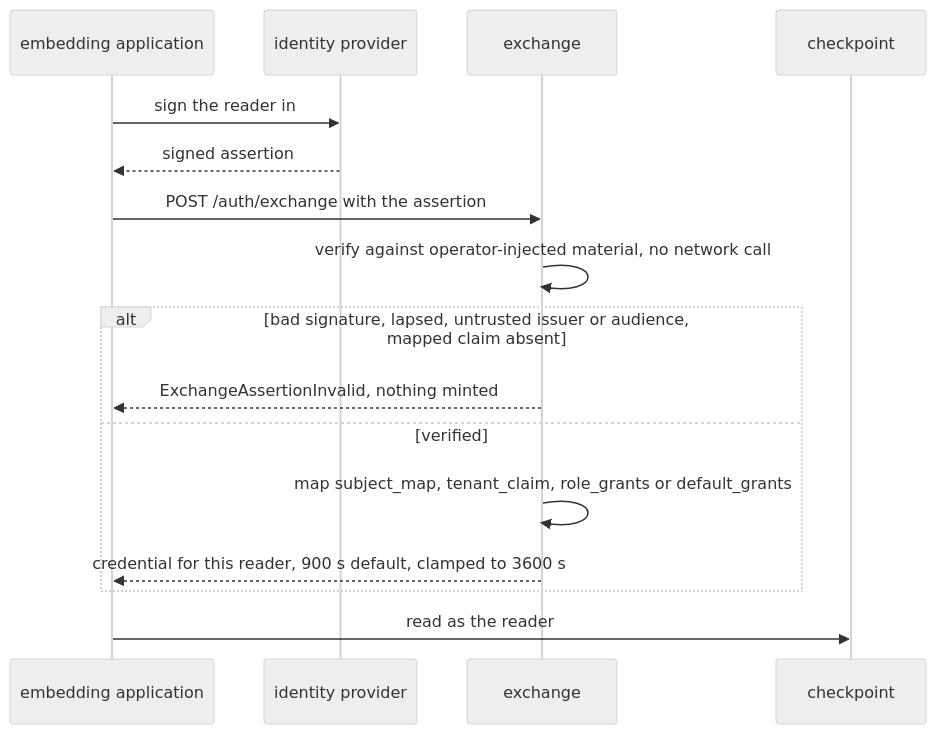
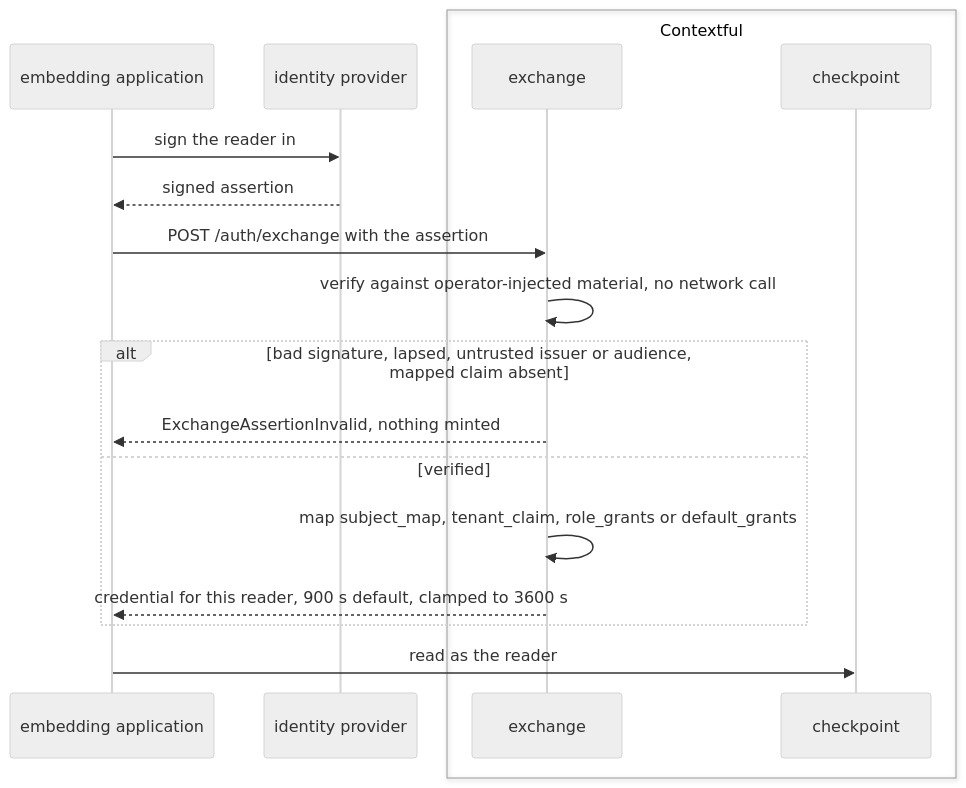
One commit to fractalboxdev/contextful changed the fourth of 5 diagrams in spec/50-authority.md. Above: the diagram before and after it, drawn with Mermaid (neutral theme). The commit also changed other lines of this file and 33 other files, not shown here.

Commit message:
spec: diagrams draw contracts, parties and trust zones as containers; a node standing for one is refused

````diff
--- a/spec/50-authority.md
+++ b/spec/50-authority.md
@@ -358,18 +393,20 @@
 ```mermaid
 sequenceDiagram
     participant App as embedding application
     participant IdP as identity provider
-    participant X as exchange
-    participant CP as checkpoint
+    box Contextful
+        participant X as exchange
+        participant CP as checkpoint
+    end
     App->>IdP: sign the reader in
     IdP-->>App: signed assertion
     App->>X: POST /auth/exchange with the assertion
     X->>X: verify against operator-injected material, no network call
     alt bad signature, lapsed, untrusted issuer or audience, mapped claim absent
         X-->>App: ExchangeAssertionInvalid, nothing minted
     else verified
         X->>X: map subject_map, tenant_claim, role_grants or default_grants
         X-->>App: credential for this reader, 900 s default, clamped to 3600 s
     end
     App->>CP: read as the reader
 ```
````
